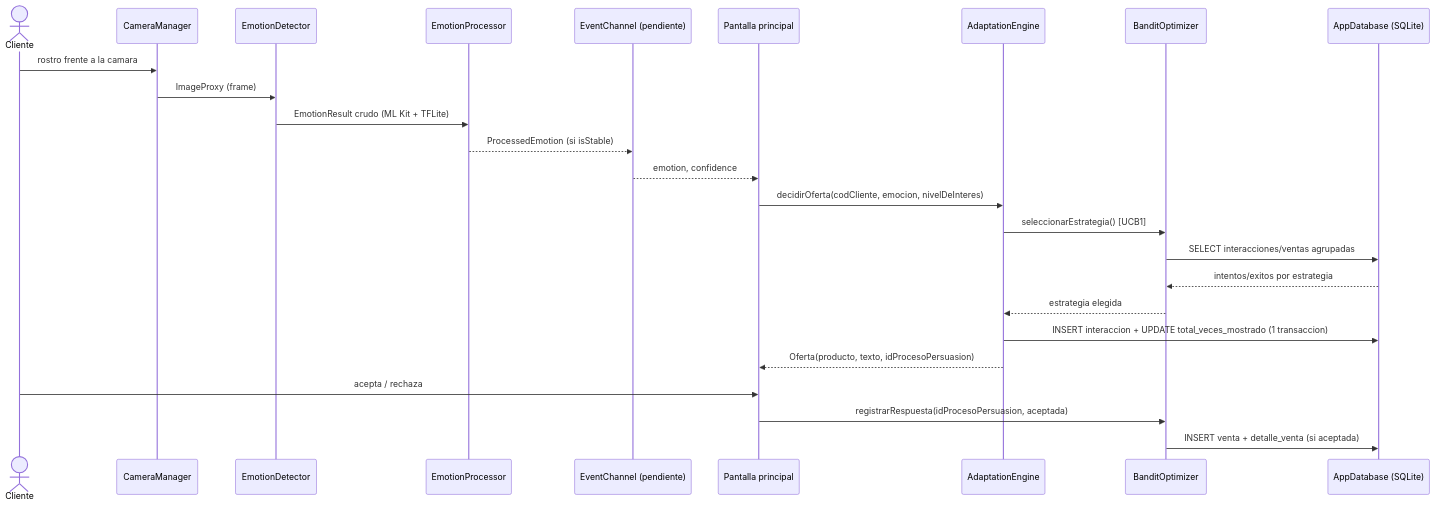
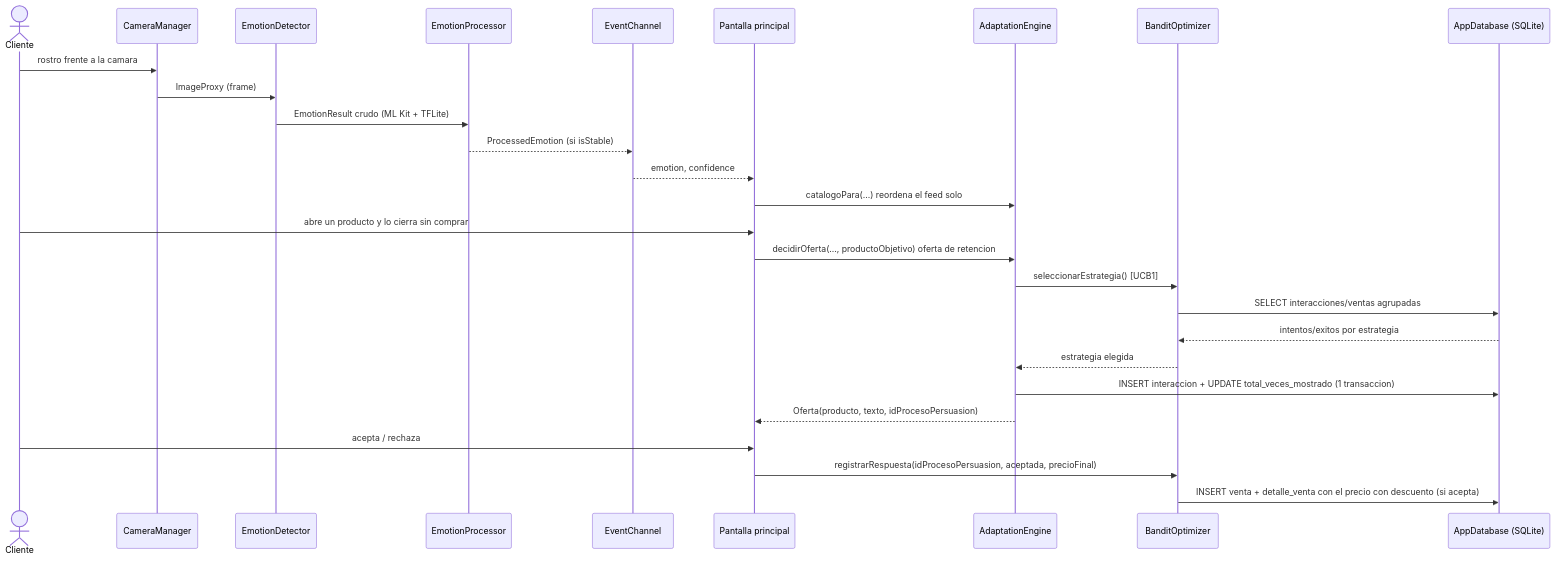
The second of 2 diagrams in docs/ARQUITECTURA.md (StevenCadilloS/Sistema-Inteligente-Ventas), drawn with Mermaid before and after one commit. The commit also changed other lines of this file and 10 other files, not shown here.

````diff
--- a/docs/ARQUITECTURA.md
+++ b/docs/ARQUITECTURA.md
@@ -84,28 +83,30 @@
 ```mermaid
 sequenceDiagram
     actor Cliente
     participant Cam as CameraManager
     participant Det as EmotionDetector
     participant Proc as EmotionProcessor
-    participant Bridge as EventChannel (pendiente)
+    participant Bridge as EventChannel
     participant UI as Pantalla principal
     participant AE as AdaptationEngine
     participant Bandit as BanditOptimizer
     participant DB as AppDatabase (SQLite)
 
     Cliente->>Cam: rostro frente a la camara
     Cam->>Det: ImageProxy (frame)
     Det->>Proc: EmotionResult crudo (ML Kit + TFLite)
     Proc-->>Bridge: ProcessedEmotion (si isStable)
     Bridge-->>UI: emotion, confidence
-    UI->>AE: decidirOferta(codCliente, emocion, nivelDeInteres)
+    UI->>AE: catalogoPara(...) reordena el feed solo
+    Cliente->>UI: abre un producto y lo cierra sin comprar
+    UI->>AE: decidirOferta(..., productoObjetivo) oferta de retencion
     AE->>Bandit: seleccionarEstrategia() [UCB1]
     Bandit->>DB: SELECT interacciones/ventas agrupadas
     DB-->>Bandit: intentos/exitos por estrategia
     Bandit-->>AE: estrategia elegida
     AE->>DB: INSERT interaccion + UPDATE total_veces_mostrado (1 transaccion)
     AE-->>UI: Oferta(producto, texto, idProcesoPersuasion)
     Cliente->>UI: acepta / rechaza
-    UI->>Bandit: registrarRespuesta(idProcesoPersuasion, aceptada)
-    Bandit->>DB: INSERT venta + detalle_venta (si aceptada)
+    UI->>Bandit: registrarRespuesta(idProcesoPersuasion, aceptada, precioFinal)
+    Bandit->>DB: INSERT venta + detalle_venta con el precio con descuento (si acepta)
 ```
````
